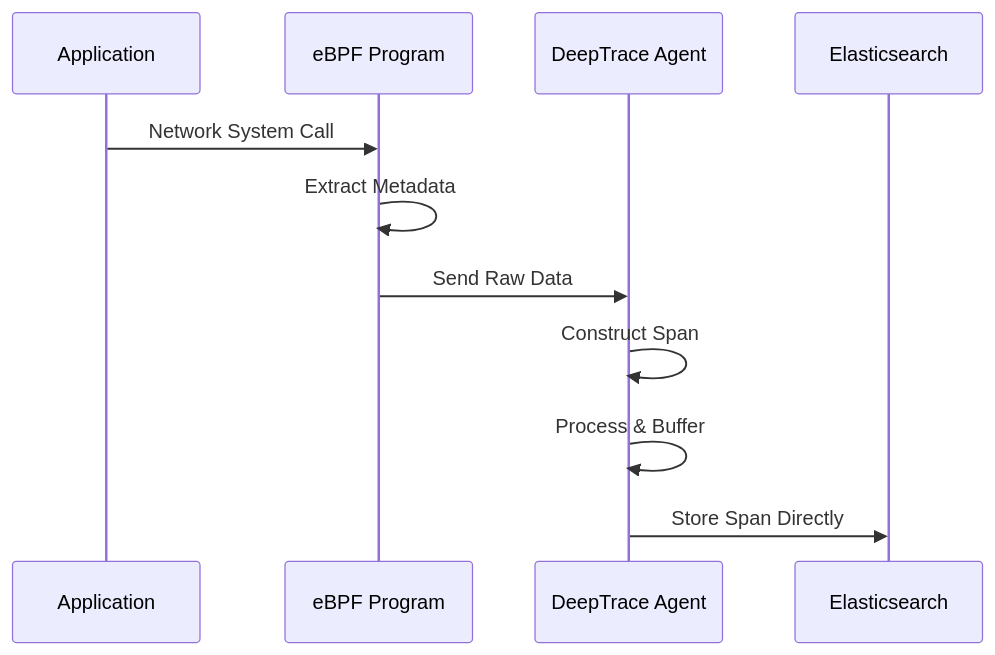
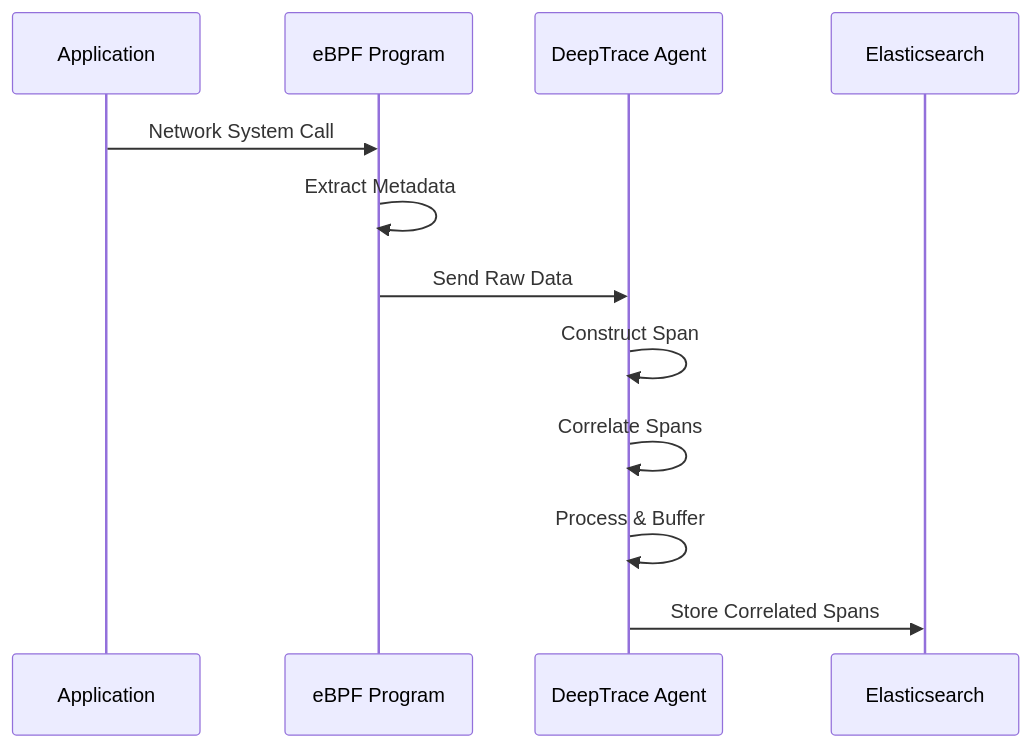
The second of 7 diagrams in docs/src/architecture/overview.md (DeepShield-AI/DeepTrace), drawn with Mermaid before and after one commit. The commit also changed other lines of this file and 31 other files, not shown here.

````diff
--- a/docs/src/architecture/overview.md
+++ b/docs/src/architecture/overview.md
@@ -166,14 +159,15 @@
 ```mermaid
 sequenceDiagram
     participant App as Application
     participant eBPF as eBPF Program
     participant Agent as DeepTrace Agent
     participant ES as Elasticsearch
     
     App->>eBPF: Network System Call
     eBPF->>eBPF: Extract Metadata
     eBPF->>Agent: Send Raw Data
     Agent->>Agent: Construct Span
+    Agent->>Agent: Correlate Spans
     Agent->>Agent: Process & Buffer
-    Agent->>ES: Store Span Directly
+    Agent->>ES: Store Correlated Spans
 ```
````
